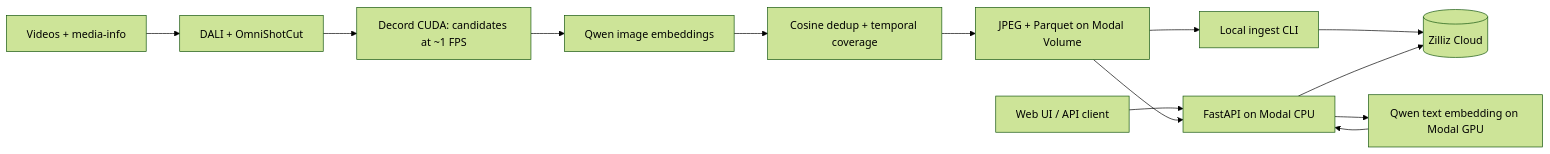
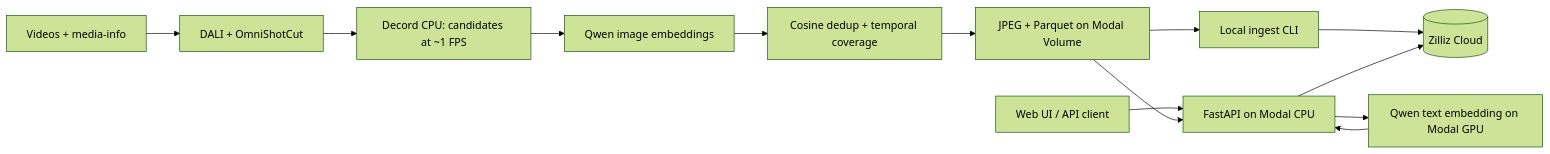
One commit to 24520152-ben/Axis-Semantic-Video-Search changed the diagram in README.md. Above: the diagram before and after it, drawn with Mermaid (forest theme). The commit also changed other lines of this file and 8 other files, not shown here.

First line of the commit message:
refactor(video): switch candidate decoding to Decord CPU

````diff
--- a/README.md
+++ b/README.md
@@ -22,15 +22,15 @@
 ```mermaid
 flowchart LR
     V[Videos + media-info] --> S[DALI + OmniShotCut]
-    S --> C[Decord CUDA: candidates at ~1 FPS]
+    S --> C[Decord CPU: candidates at ~1 FPS]
     C --> E[Qwen image embeddings]
     E --> K[Cosine dedup + temporal coverage]
     K --> O[JPEG + Parquet on Modal Volume]
     O --> I[Local ingest CLI]
     I --> Z[(Zilliz Cloud)]
     U[Web UI / API client] --> A[FastAPI on Modal CPU]
     A --> Q[Qwen text embedding on Modal GPU]
     Q --> A
     A --> Z
     O --> A
 ```
````
